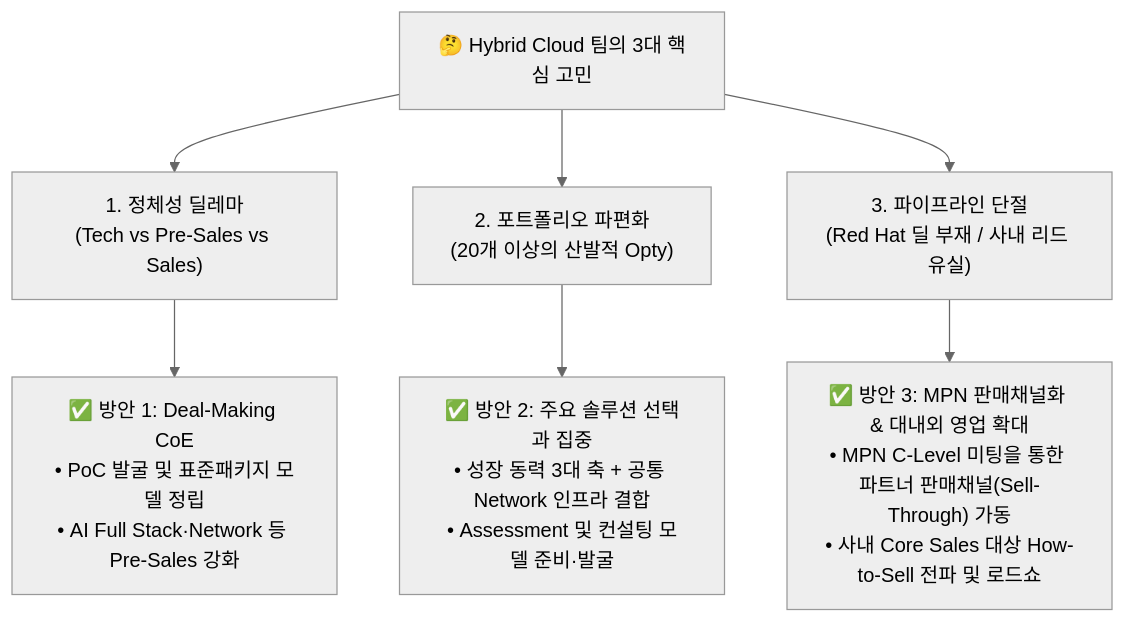
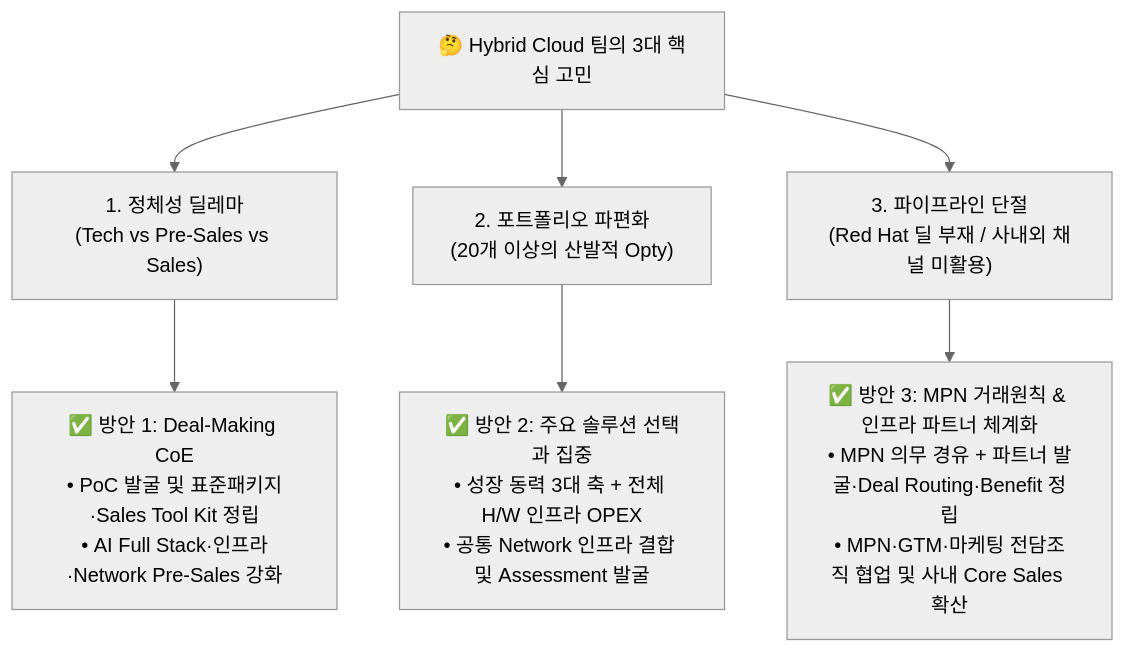
One commit to kesperinc/aifullstack_issu changed the first of 3 diagrams in docs/HYBRID_CLOUD_TEAM_STRATEGY_MASTER_INTEGRATED.md. Above: the diagram before and after it, drawn with Mermaid (neutral theme). The commit also changed other lines of this file and 8 other files, not shown here.

````diff
--- a/docs/HYBRID_CLOUD_TEAM_STRATEGY_MASTER_INTEGRATED.md
+++ b/docs/HYBRID_CLOUD_TEAM_STRATEGY_MASTER_INTEGRATED.md
@@ -16,10 +16,10 @@
 ```mermaid
 flowchart TD
     Root["🤔 Hybrid Cloud 팀의 3대 핵심 고민"] --> D1["1. 정체성 딜레마<br/>(Tech vs Pre-Sales vs Sales)"]
     Root --> D2["2. 포트폴리오 파편화<br/>(20개 이상의 산발적 Opty)"]
-    Root --> D3["3. 파이프라인 단절<br/>(Red Hat 딜 부재 / 사내 리드 유실)"]
+    Root --> D3["3. 파이프라인 단절<br/>(Red Hat 딜 부재 / 사내외 채널 미활용)"]
 
-    D1 --> S1["✅ 방안 1: Deal-Making CoE<br/>• PoC 발굴 및 표준패키지 모델 정립<br/>• AI Full Stack·Network 등 Pre-Sales 강화"]
-    D2 --> S2["✅ 방안 2: 주요 솔루션 선택과 집중<br/>• 성장 동력 3대 축 + 공통 Network 인프라 결합<br/>• Assessment 및 컨설팅 모델 준비·발굴"]
-    D3 --> S3["✅ 방안 3: MPN 판매채널화 & 대내외 영업 확대<br/>• MPN C-Level 미팅을 통한 파트너 판매채널(Sell-Through) 가동<br/>• 사내 Core Sales 대상 How-to-Sell 전파 및 로드쇼"]
+    D1 --> S1["✅ 방안 1: Deal-Making CoE<br/>• PoC 발굴 및 표준패키지·Sales Tool Kit 정립<br/>• AI Full Stack·인프라·Network Pre-Sales 강화"]
+    D2 --> S2["✅ 방안 2: 주요 솔루션 선택과 집중<br/>• 성장 동력 3대 축 + 전체 H/W 인프라 OPEX<br/>• 공통 Network 인프라 결합 및 Assessment 발굴"]
+    D3 --> S3["✅ 방안 3: MPN 거래원칙 & 인프라 파트너 체계화<br/>• MPN 의무 경유 + 파트너 발굴·Deal Routing·Benefit 정립<br/>• MPN·GTM·마케팅 전담조직 협업 및 사내 Core Sales 확산"]
 ```
````
